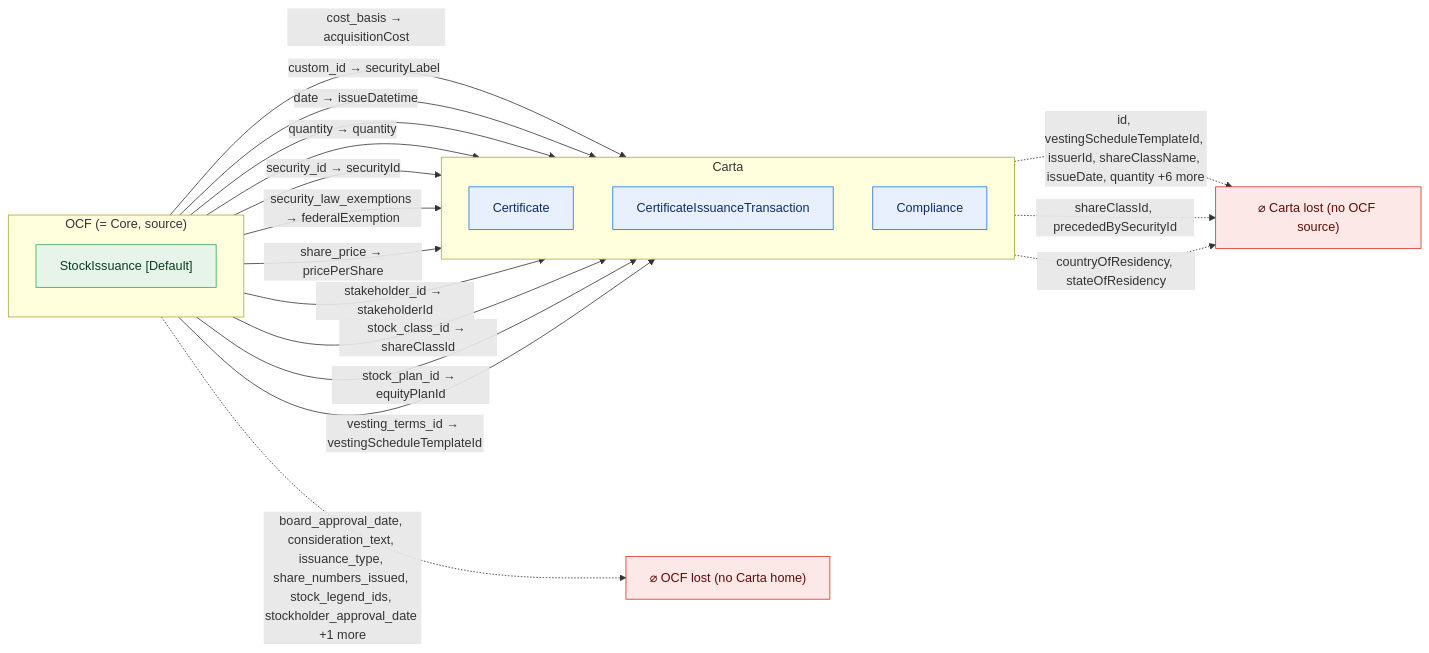
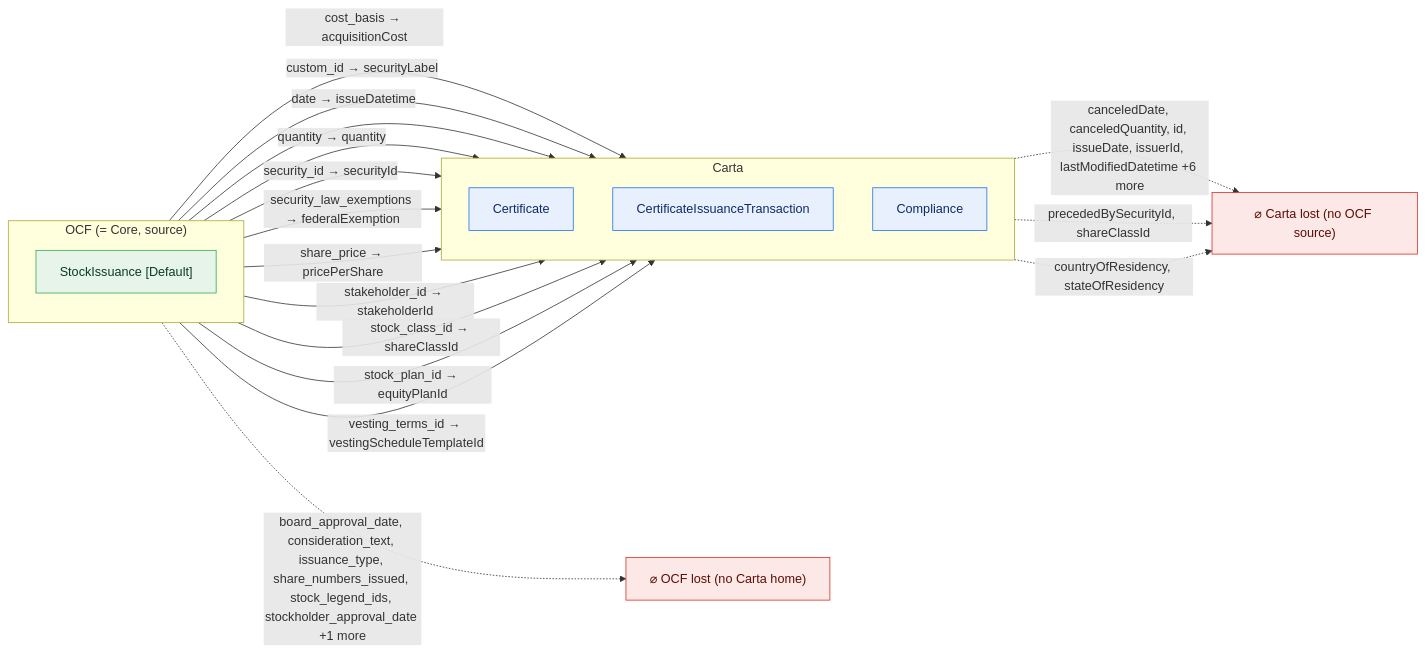
Before and after one commit to Open-Cap-Table-Coalition/OCF-Composed-Schemas: the fifth of 47 diagrams in docs/core-bidirectional-flow.md, drawn with Mermaid. The commit also changed other lines of this file and 7 other files, not shown here.

````diff
--- a/docs/core-bidirectional-flow.md
+++ b/docs/core-bidirectional-flow.md
@@ -166,34 +189,34 @@
 ```mermaid
 flowchart LR
   classDef adm fill:#e6f4ea,stroke:#34a853,color:#0b3d20;
   classDef notadm fill:#f1f3f4,stroke:#9aa0a6,color:#5f6368,stroke-dasharray:4 3;
   classDef carta fill:#e8f0fe,stroke:#1a73e8,color:#0d2b66;
   classDef lost fill:#fce8e6,stroke:#d93025,color:#5c0d06;
   subgraph SRC["OCF (= Core, source)"]
     direction TB
     o0["StockIssuance [Default]"]:::adm
   end
   subgraph TGT["Carta"]
     direction TB
     t0["Certificate"]:::carta
     t1["CertificateIssuanceTransaction"]:::carta
     t2["Compliance"]:::carta
   end
   ocflost["⌀ OCF lost (no Carta home)"]:::lost
   cartalost["⌀ Carta lost (no OCF source)"]:::lost
   o0 -->|"cost_basis → acquisitionCost"| t1
   o0 -->|"custom_id → securityLabel"| t0
   o0 -->|"date → issueDatetime"| t1
   o0 -->|"quantity → quantity"| t1
   o0 -->|"security_id → securityId"| t0
   o0 -->|"security_law_exemptions → federalExemption"| t2
   o0 -->|"share_price → pricePerShare"| t0
   o0 -->|"stakeholder_id → stakeholderId"| t0
   o0 -->|"stock_class_id → shareClassId"| t0
   o0 -->|"stock_plan_id → equityPlanId"| t1
   o0 -->|"vesting_terms_id → vestingScheduleTemplateId"| t1
   o0 -.->|"board_approval_date, consideration_text, issuance_type, share_numbers_issued, stock_legend_ids, stockholder_approval_date +1 more"| ocflost
-  t0 -.->|"id, vestingScheduleTemplateId, issuerId, shareClassName, issueDate, quantity +6 more"| cartalost
-  t1 -.->|"shareClassId, precededBySecurityId"| cartalost
+  t0 -.->|"canceledDate, canceledQuantity, id, issueDate, issuerId, lastModifiedDatetime +6 more"| cartalost
+  t1 -.->|"precededBySecurityId, shareClassId"| cartalost
   t2 -.->|"countryOfResidency, stateOfResidency"| cartalost
 ```
````
